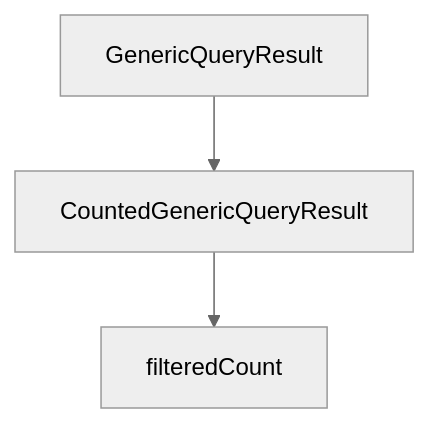
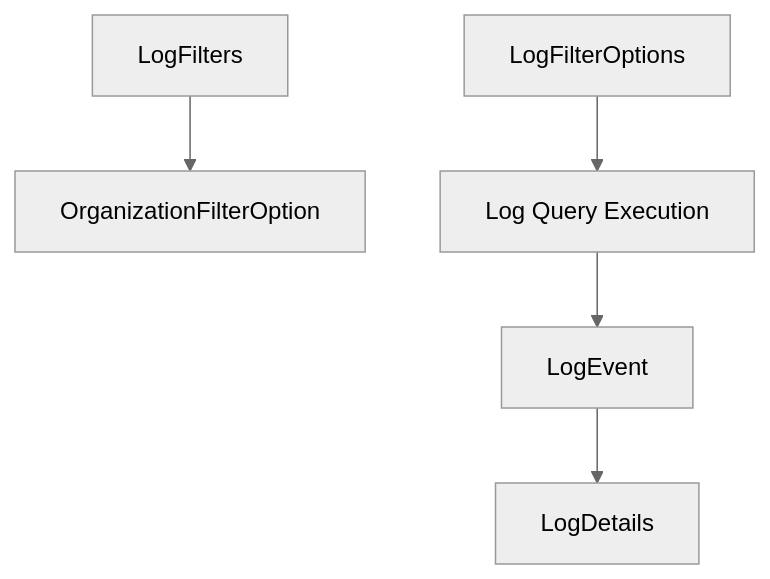
Before and after one commit to flamingo-stack/openframe-oss-lib: the third of 10 diagrams in docs/reference/architecture/api-lib-contracts/api-lib-contracts.md, drawn with Mermaid (neutral theme). The commit also changed other lines of this file and 172 other files, not shown here.

````diff
--- a/docs/reference/architecture/api-lib-contracts/api-lib-contracts.md
+++ b/docs/reference/architecture/api-lib-contracts/api-lib-contracts.md
@@ -77,5 +135,7 @@
 ```mermaid
 flowchart TD
-    GenericResult["GenericQueryResult<T>"] --> CountedResult["CountedGenericQueryResult<T>"]
-    CountedResult --> FilteredCount["filteredCount"]
+    LogFiltersModel["LogFilters"] --> OrgOption["OrganizationFilterOption"]
+    LogOptions["LogFilterOptions"] --> Query["Log Query Execution"]
+    Query --> LogEvent
+    LogEvent --> LogDetails
 ```
````
